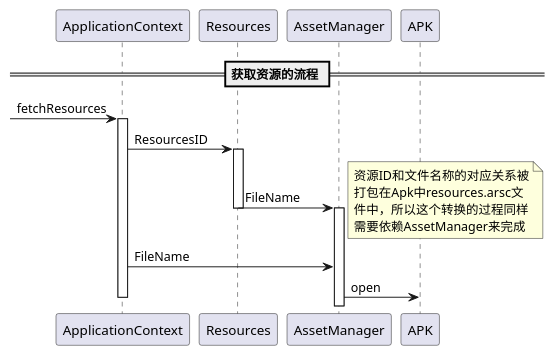
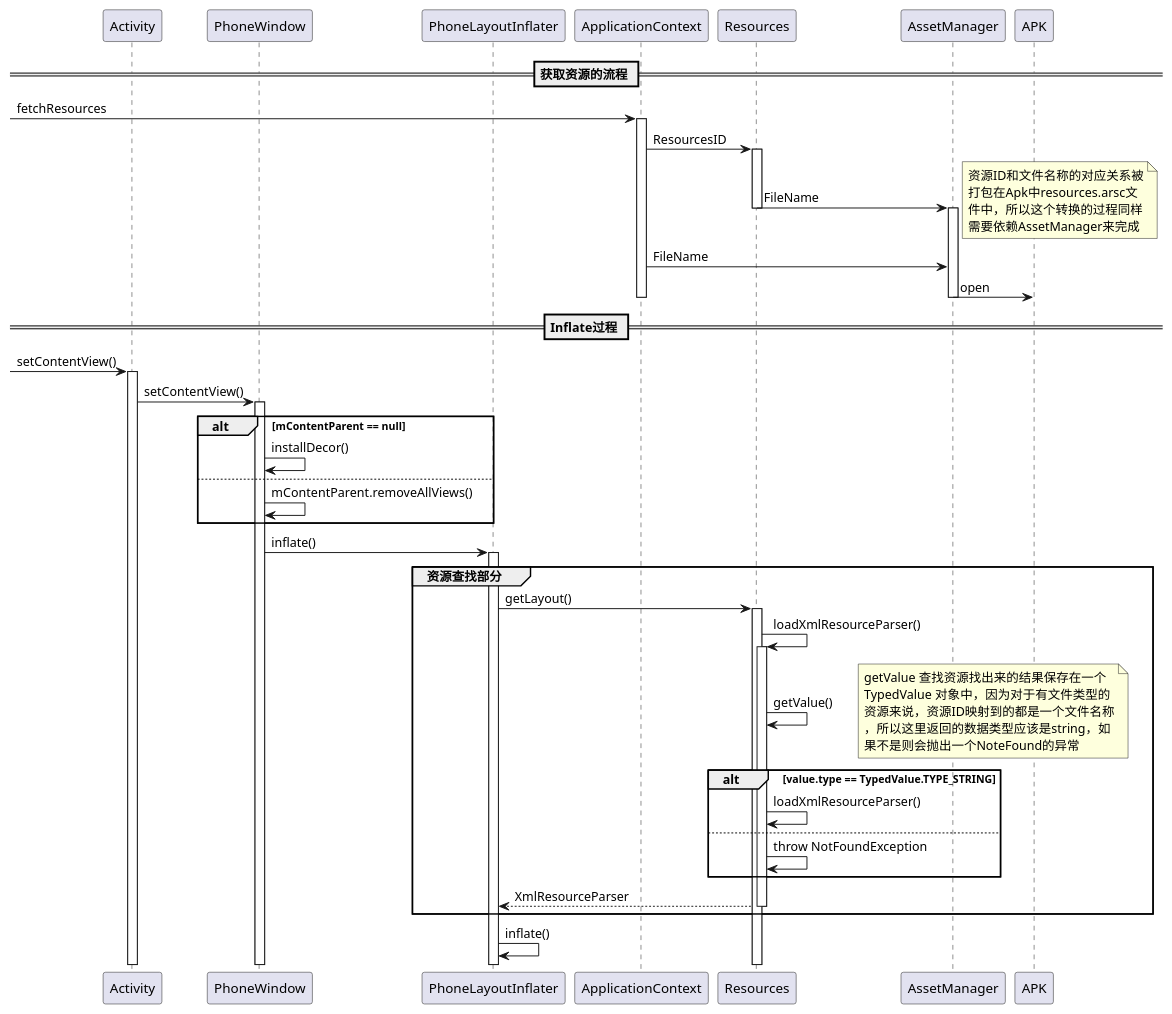
The diagram in DLProjects/Android Resource System/ResourcesFetchProcess.pu (zhijianz/DevelopNotes), drawn with PlantUML before and after one commit. The commit also changed 1 other file, not shown here.

Commit message:
continue resources system

```diff
--- a/DLProjects/Android Resource System/ResourcesFetchProcess.pu
+++ b/DLProjects/Android Resource System/ResourcesFetchProcess.pu
@@ -1,24 +1,74 @@
 @startuml
+participant Activity
+participant PhoneWindow
+participant PhoneLayoutInflater
+
 participant ApplicationContext as ap
 participant Resources
 participant AssetManager
 participant APK
 
 == 获取资源的流程 ==
 [-> ap : fetchResources
 activate ap
 ap -> Resources : ResourcesID
 activate Resources
 Resources -> AssetManager : FileName
 note right
 资源ID和文件名称的对应关系被
 打包在Apk中resources.arsc文
 件中，所以这个转换的过程同样
 需要依赖AssetManager来完成
 end note
 deactivate Resources
 activate AssetManager
 ap -> AssetManager : FileName
 AssetManager -> APK : open
 deactivate ap
+deactivate AssetManager
+
+== Inflate过程 ==
+[-> Activity : setContentView()
+activate Activity
+
+Activity -> PhoneWindow : setContentView()
+activate PhoneWindow
+
+alt mContentParent == null
+PhoneWindow -> PhoneWindow : installDecor()
+else
+PhoneWindow -> PhoneWindow : mContentParent.removeAllViews()
+end alt
+PhoneWindow -> PhoneLayoutInflater : inflate()
+activate PhoneLayoutInflater
+
+group 资源查找部分
+PhoneLayoutInflater -> Resources : getLayout()
+activate Resources
+
+Resources -> Resources : loadXmlResourceParser()
+activate Resources
+
+Resources -> Resources : getValue()
+note right
+getValue 查找资源找出来的结果保存在一个
+TypedValue 对象中，因为对于有文件类型的
+资源来说，资源ID映射到的都是一个文件名称
+，所以这里返回的数据类型应该是string，如
+果不是则会抛出一个NoteFound的异常
+end note
+
+alt value.type == TypedValue.TYPE_STRING
+Resources -> Resources : loadXmlResourceParser()
+else
+Resources -> Resources : throw NotFoundException
+end alt
+
+
+Resources --> PhoneLayoutInflater : XmlResourceParser
+deactivate Resources
+end group
+
+PhoneLayoutInflater -> PhoneLayoutInflater : inflate()
+
 @enduml
```
